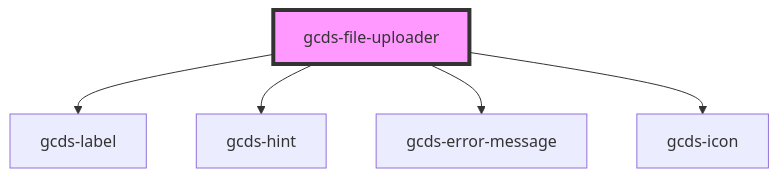
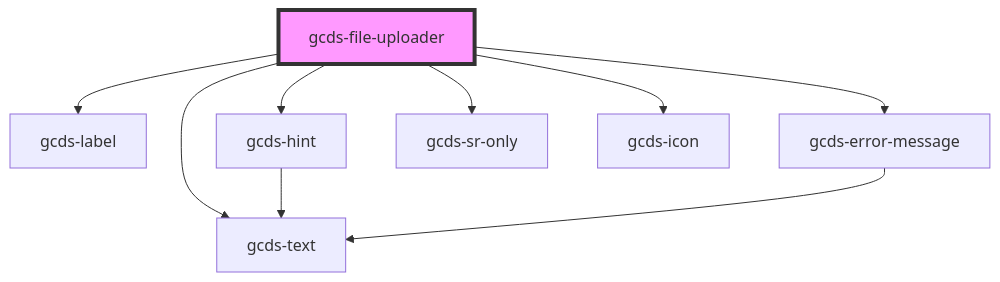
The diagram in packages/web/src/components/gcds-file-uploader/readme.md (cds-snc/gcds-components), drawn with Mermaid before and after one commit. The commit also changed other lines of this file and 159 other files, not shown here.

````diff
--- a/packages/web/src/components/gcds-file-uploader/readme.md
+++ b/packages/web/src/components/gcds-file-uploader/readme.md
@@ -63,8 +64,12 @@
 ```mermaid
 graph TD;
   gcds-file-uploader --> gcds-label
   gcds-file-uploader --> gcds-hint
   gcds-file-uploader --> gcds-error-message
+  gcds-file-uploader --> gcds-sr-only
+  gcds-file-uploader --> gcds-text
   gcds-file-uploader --> gcds-icon
+  gcds-hint --> gcds-text
+  gcds-error-message --> gcds-text
   style gcds-file-uploader fill:#f9f,stroke:#333,stroke-width:4px
 ```
````
